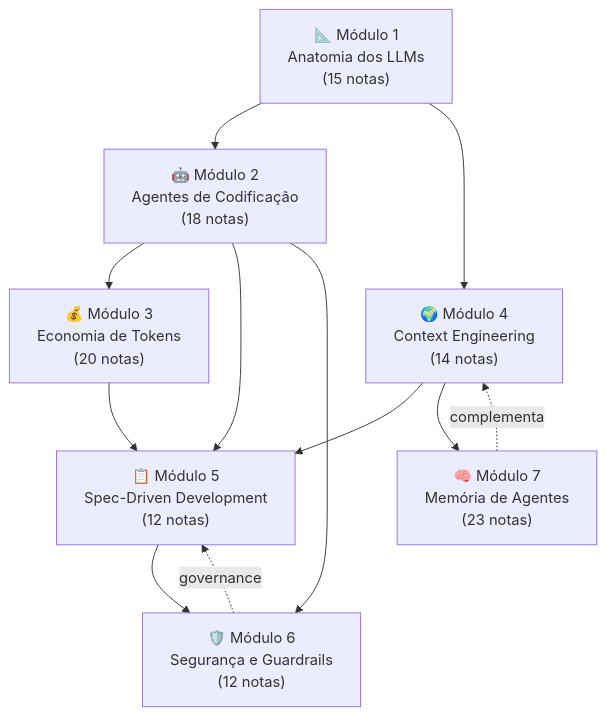
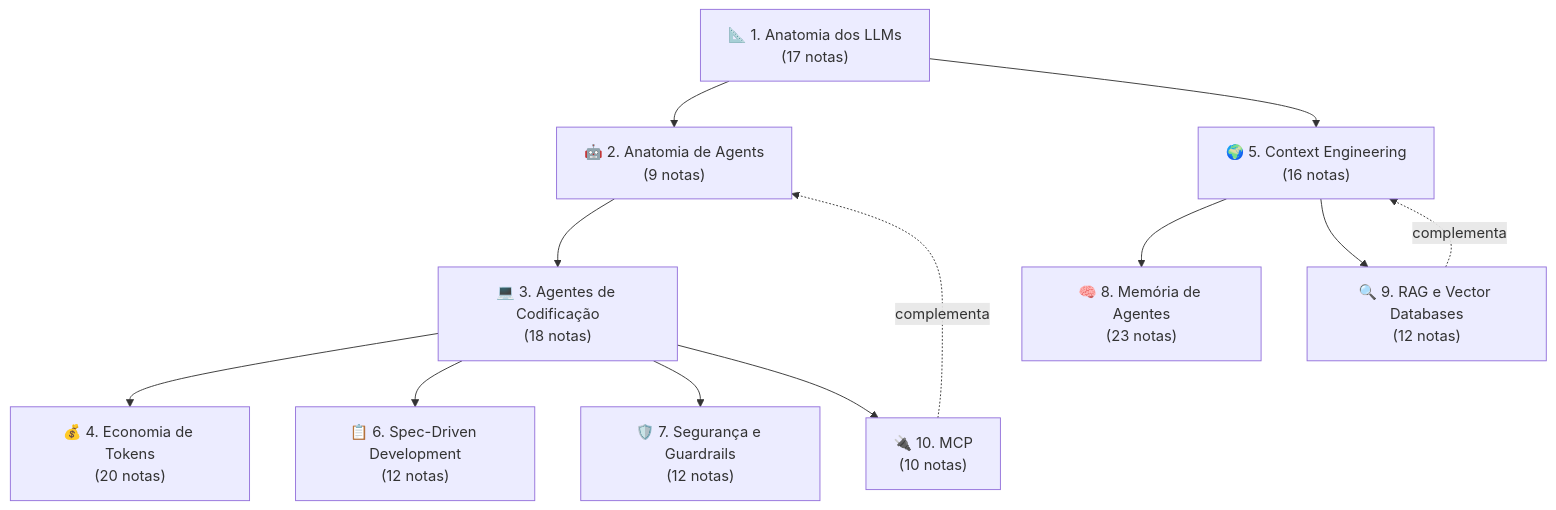
The diagram in 03-Domínios/IA/Formação Engenheiro de IA/index.md (josenaldo/my-dev-notebook), drawn with Mermaid before and after one commit. The commit also changed other lines of this file and 42 other files, not shown here.

First line of the commit message:
feat(IA): Trilha 8 (RAG) + Trilha 9 (MCP) + absorção de Skills em Context Engineering

````diff
--- a/03-Domínios/IA/Formação Engenheiro de IA/index.md
+++ b/03-Domínios/IA/Formação Engenheiro de IA/index.md
@@ -33,22 +33,25 @@
 ```mermaid
 graph TB
-    M1["📐 Módulo 1<br/>Anatomia dos LLMs<br/>(15 notas)"]
-    M2["🤖 Módulo 2<br/>Agentes de Codificação<br/>(18 notas)"]
-    M3["💰 Módulo 3<br/>Economia de Tokens<br/>(20 notas)"]
-    M4["🌍 Módulo 4<br/>Context Engineering<br/>(14 notas)"]
-    M5["📋 Módulo 5<br/>Spec-Driven Development<br/>(12 notas)"]
-    M6["🛡️ Módulo 6<br/>Segurança e Guardrails<br/>(12 notas)"]
-    M7["🧠 Módulo 7<br/>Memória de Agentes<br/>(23 notas)"]
+    M1["📐 1. Anatomia dos LLMs<br/>(17 notas)"]
+    M2["🤖 2. Anatomia de Agents<br/>(9 notas)"]
+    M3["💻 3. Agentes de Codificação<br/>(18 notas)"]
+    M4["💰 4. Economia de Tokens<br/>(20 notas)"]
+    M5["🌍 5. Context Engineering<br/>(16 notas)"]
+    M6["📋 6. Spec-Driven Development<br/>(12 notas)"]
+    M7["🛡️ 7. Segurança e Guardrails<br/>(12 notas)"]
+    M8["🧠 8. Memória de Agentes<br/>(23 notas)"]
+    M9["🔍 9. RAG e Vector Databases<br/>(12 notas)"]
+    M10["🔌 10. MCP<br/>(10 notas)"]
 
     M1 --> M2
-    M1 --> M4
     M2 --> M3
-    M2 --> M5
-    M2 --> M6
-    M3 --> M5
-    M4 --> M5
-    M4 --> M7
-    M5 --> M6
-    M6 -.governance.-> M5
-    M7 -.complementa.-> M4
+    M1 --> M5
+    M3 --> M4
+    M3 --> M6
+    M3 --> M7
+    M5 --> M8
+    M5 --> M9
+    M3 --> M10
+    M9 -.complementa.-> M5
+    M10 -.complementa.-> M2
 ```
````
